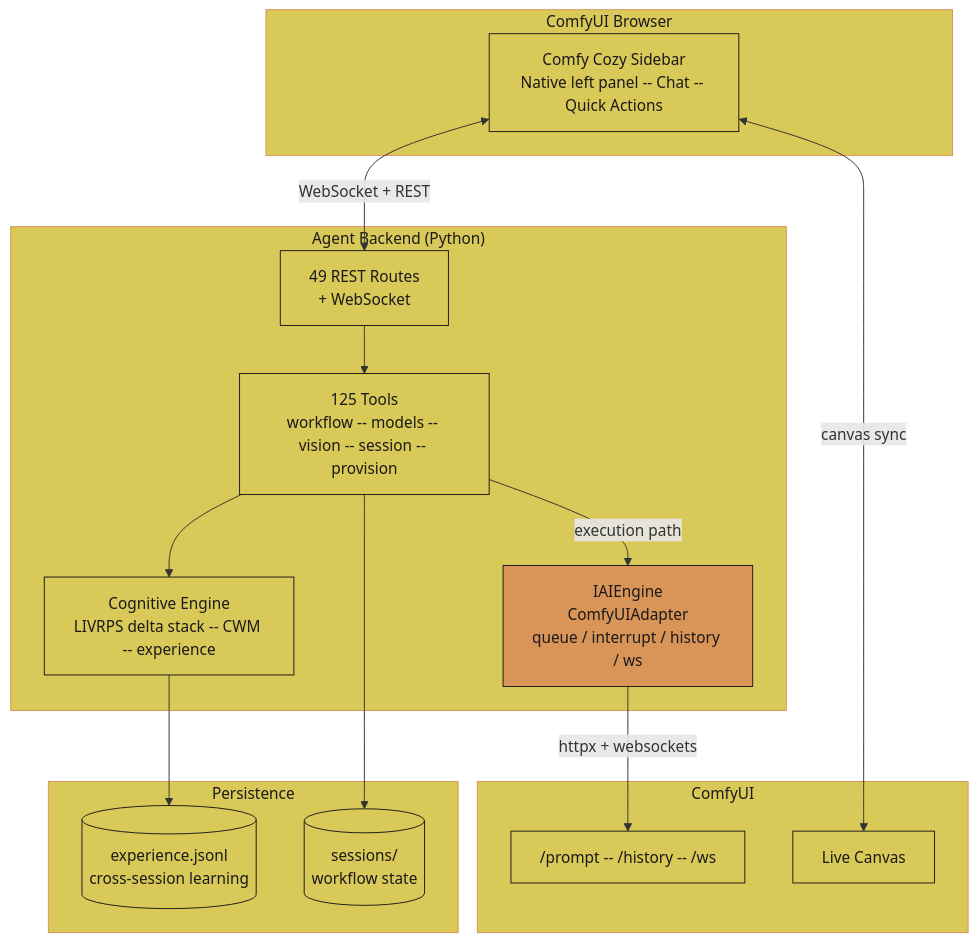
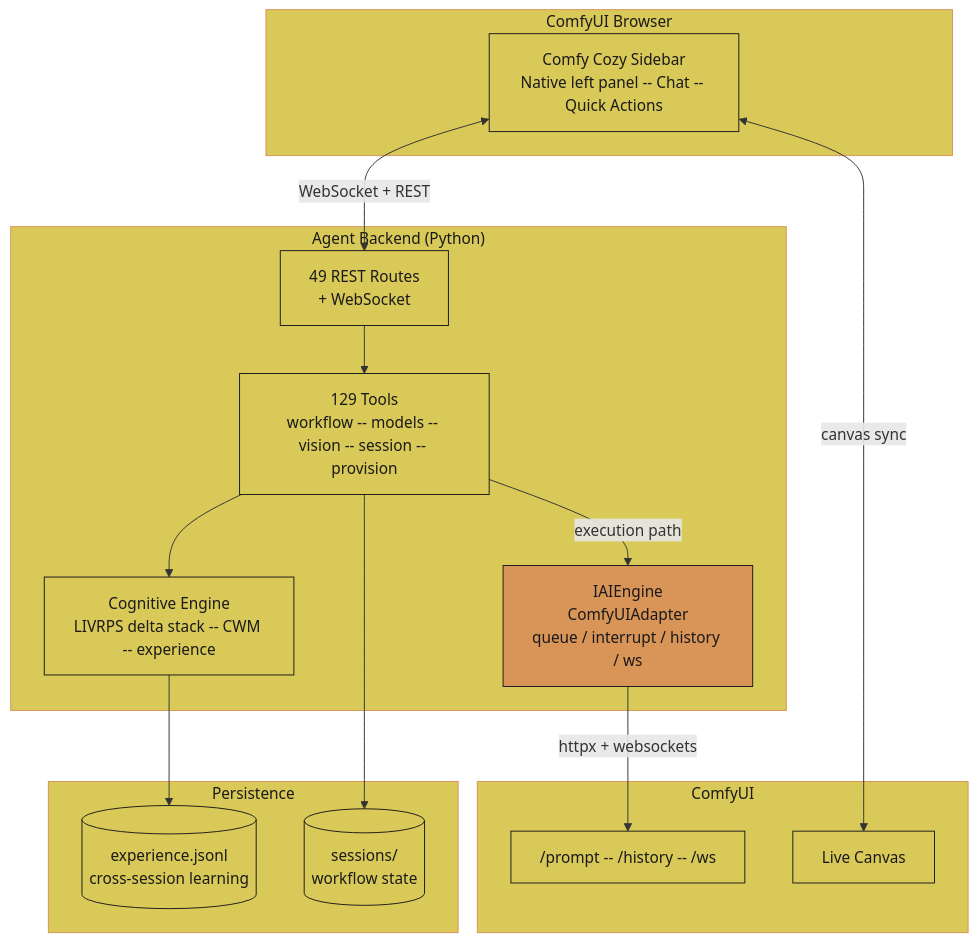
One commit to JosephOIbrahim/Comfy-Cozy changed the seventh of 33 diagrams in README.md. Above: the diagram before and after it, drawn with Mermaid. The commit also changed other lines of this file, not shown here.

````diff
--- a/README.md
+++ b/README.md
@@ -520,39 +520,39 @@
 ```mermaid
 graph TB
     subgraph Browser ["ComfyUI Browser"]
         Sidebar["Comfy Cozy Sidebar<br/>Native left panel -- Chat -- Quick Actions"]
     end
     subgraph Backend ["Agent Backend (Python)"]
         Routes["49 REST Routes<br/>+ WebSocket"]
-        Tools["125 Tools<br/>workflow -- models -- vision -- session -- provision"]
+        Tools["129 Tools<br/>workflow -- models -- vision -- session -- provision"]
         Engine["IAIEngine<br/>ComfyUIAdapter<br/>queue / interrupt / history / ws"]
         Cog["Cognitive Engine<br/>LIVRPS delta stack -- CWM -- experience"]
     end
     subgraph ComfyUI ["ComfyUI"]
         API["/prompt -- /history -- /ws"]
         Canvas["Live Canvas"]
     end
     subgraph Disk ["Persistence"]
         EXP[("experience.jsonl<br/>cross-session learning")]
         Sessions[("sessions/<br/>workflow state")]
     end
 
     Sidebar <-->|"WebSocket + REST"| Routes
     Sidebar <-->|"canvas sync"| Canvas
     Routes --> Tools
     Tools --> Cog
     Tools -->|execution path| Engine
     Engine -->|httpx + websockets| API
     Cog --> EXP
     Tools --> Sessions
 
     style Browser fill:#d9c958,color:#1a1a1a,stroke:#d99458
     style Backend fill:#d9c958,color:#1a1a1a,stroke:#d99458
     style ComfyUI fill:#d9c958,color:#1a1a1a,stroke:#d99458
     style Disk fill:#d9c958,color:#1a1a1a,stroke:#d99458
 
     classDef orange fill:#d99458,color:#1a1a1a,stroke:#1a1a1a
     classDef yellow fill:#d9c958,color:#1a1a1a,stroke:#1a1a1a
     class Engine orange
     class Sidebar,Routes,Tools,Cog,API,Canvas,EXP,Sessions yellow
 ```
````
